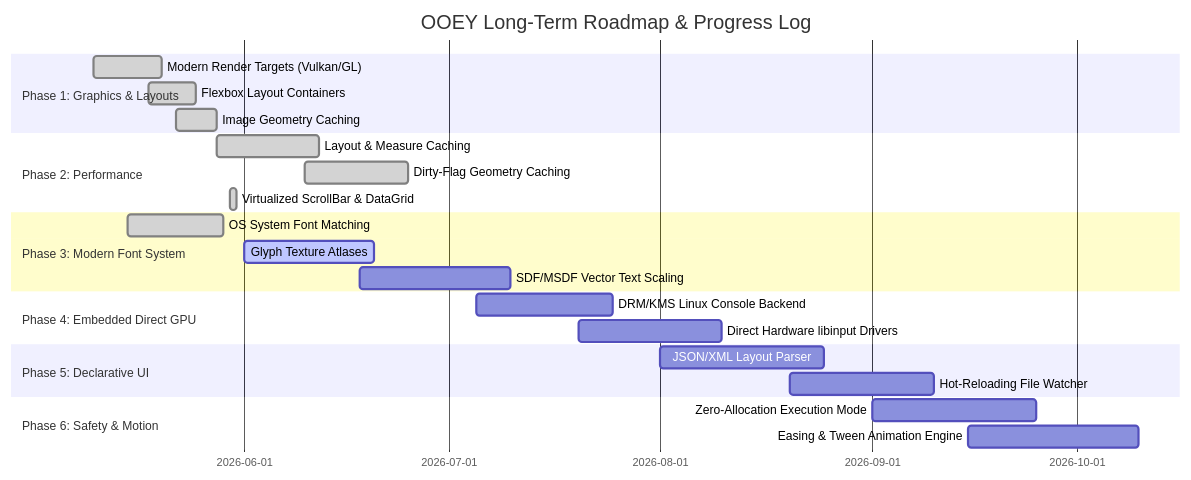
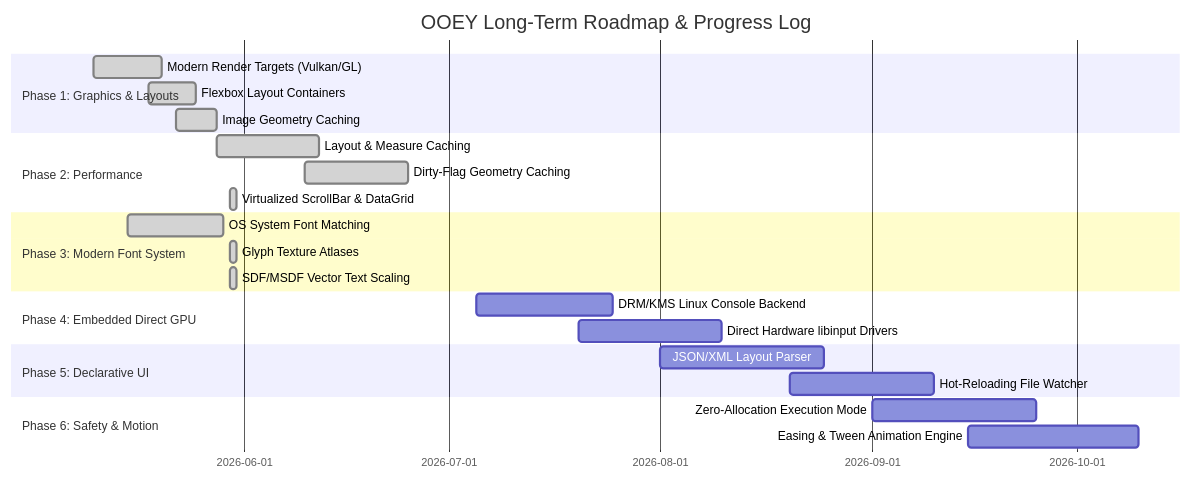
The diagram in docs/09-architectural-analysis-and-technical-roadmap.md (Corey255A1/ooey), drawn with Mermaid before and after one commit. The commit also changed other lines of this file and 11 other files, not shown here.

````diff
--- a/docs/09-architectural-analysis-and-technical-roadmap.md
+++ b/docs/09-architectural-analysis-and-technical-roadmap.md
@@ -113,26 +113,26 @@
 ```mermaid
 gantt
     title OOEY Long-Term Roadmap & Progress Log
     dateFormat  YYYY-MM-DD
     section Phase 1: Graphics & Layouts
     Modern Render Targets (Vulkan/GL)  :done, g1, 2026-05-10, 2026-05-20
     Flexbox Layout Containers          :done, g2, 2026-05-18, 2026-05-25
     Image Geometry Caching             :done, g3, 2026-05-22, 2026-05-28
     section Phase 2: Performance
     Layout & Measure Caching           :done, p1, 2026-05-28, 2026-06-12
     Dirty-Flag Geometry Caching        :done, p2, 2026-06-10, 2026-06-25
     Virtualized ScrollBar & DataGrid   :done, p3, 2026-05-30, 2026-05-31
     section Phase 3: Modern Font System
     OS System Font Matching            :done, f1, 2026-05-15, 2026-05-29
-    Glyph Texture Atlases              :active, f2, 2026-06-01, 2026-06-20
-    SDF/MSDF Vector Text Scaling       :f3, 2026-06-18, 2026-07-10
+    Glyph Texture Atlases              :done, f2, 2026-05-30, 2026-05-31
+    SDF/MSDF Vector Text Scaling       :done, f3, 2026-05-30, 2026-05-31
     section Phase 4: Embedded Direct GPU
     DRM/KMS Linux Console Backend      :e1, 2026-07-05, 2026-07-25
     Direct Hardware libinput Drivers   :e2, 2026-07-20, 2026-08-10
     section Phase 5: Declarative UI
     JSON/XML Layout Parser             :l1, 2026-08-01, 2026-08-25
     Hot-Reloading File Watcher         :l2, 2026-08-20, 2026-09-10
     section Phase 6: Safety & Motion
     Zero-Allocation Execution Mode     :s1, 2026-09-01, 2026-09-25
     Easing & Tween Animation Engine    :s2, 2026-09-15, 2026-10-10
 ```
````
